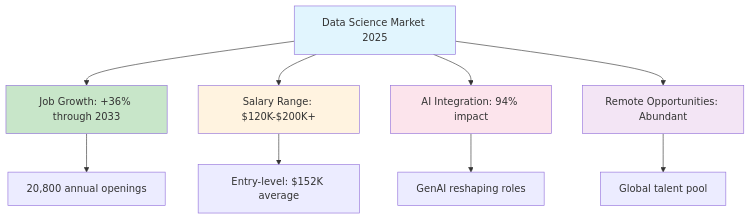
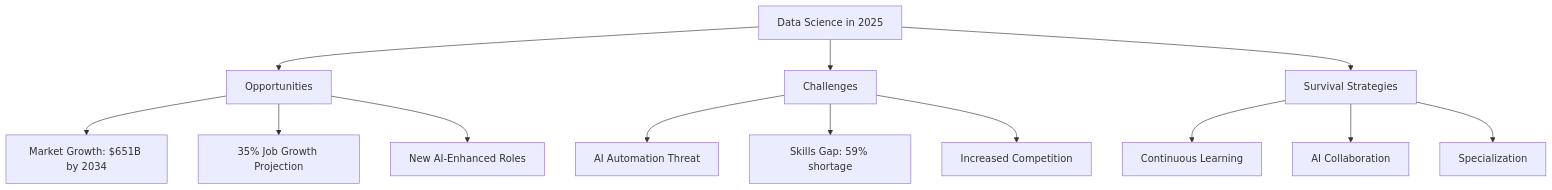
The first of 14 diagrams in Survive-Data-Science-2025.md (gghimire2041/AI-Articles), drawn with Mermaid before and after one commit. The commit also changed other lines of this file, not shown here.

````diff
--- a/Survive-Data-Science-2025.md
+++ b/Survive-Data-Science-2025.md
@@ -17,18 +11,18 @@
 ```mermaid
 graph TD
-    A[Data Science Market 2025] --> B[Job Growth: +36% through 2033]
-    A --> C[Salary Range: $120K-$200K+]
-    A --> D[AI Integration: 94% impact]
-    A --> E[Remote Opportunities: Abundant]
+    A[Data Science in 2025] --> B[Opportunities]
+    A --> C[Challenges]
+    A --> D[Survival Strategies]
     
-    B --> F[20,800 annual openings]
-    C --> G[Entry-level: $152K average]
-    D --> H[GenAI reshaping roles]
-    E --> I[Global talent pool]
+    B --> B1[Market Growth: $651B by 2034]
+    B --> B2[35% Job Growth Projection]
+    B --> B3[New AI-Enhanced Roles]
     
-    style A fill:#e1f5fe
-    style B fill:#c8e6c9
-    style C fill:#fff3e0
-    style D fill:#fce4ec
-    style E fill:#f3e5f5
+    C --> C1[AI Automation Threat]
+    C --> C2[Skills Gap: 59% shortage]
+    C --> C3[Increased Competition]
+    
+    D --> D1[Continuous Learning]
+    D --> D2[AI Collaboration]
+    D --> D3[Specialization]
 ```
````
